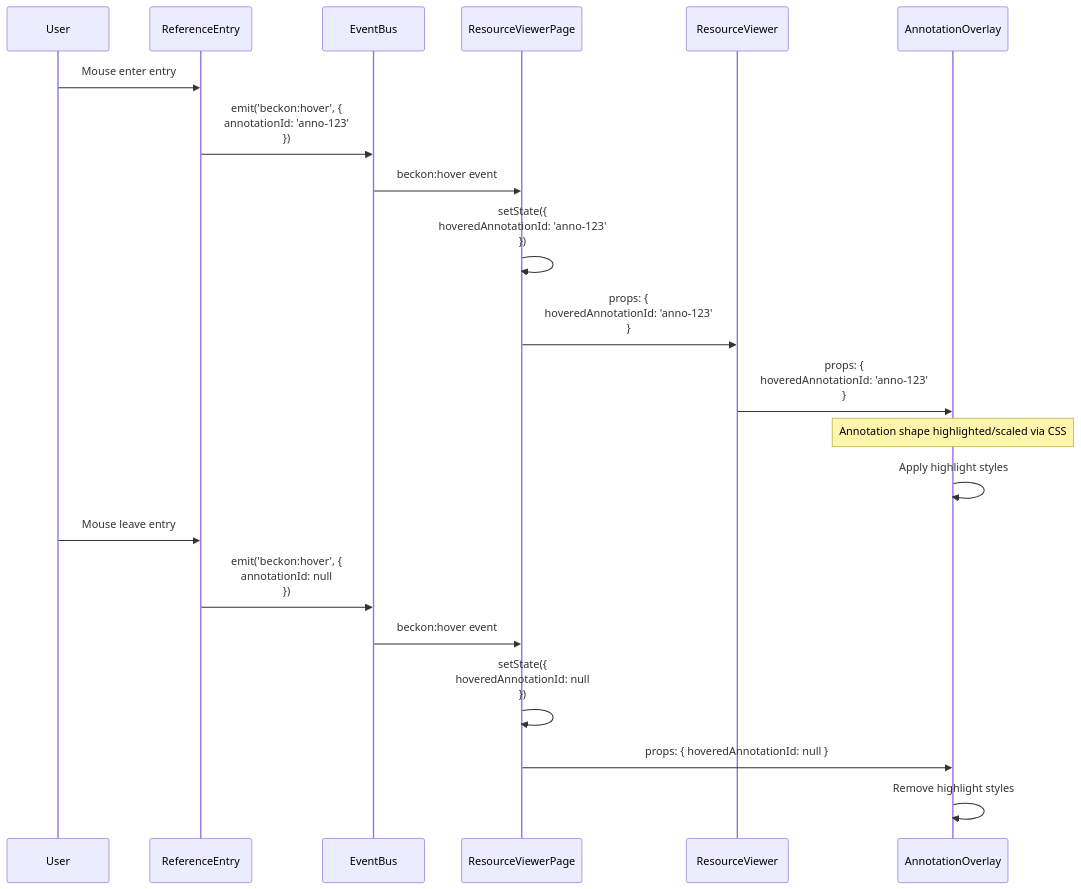
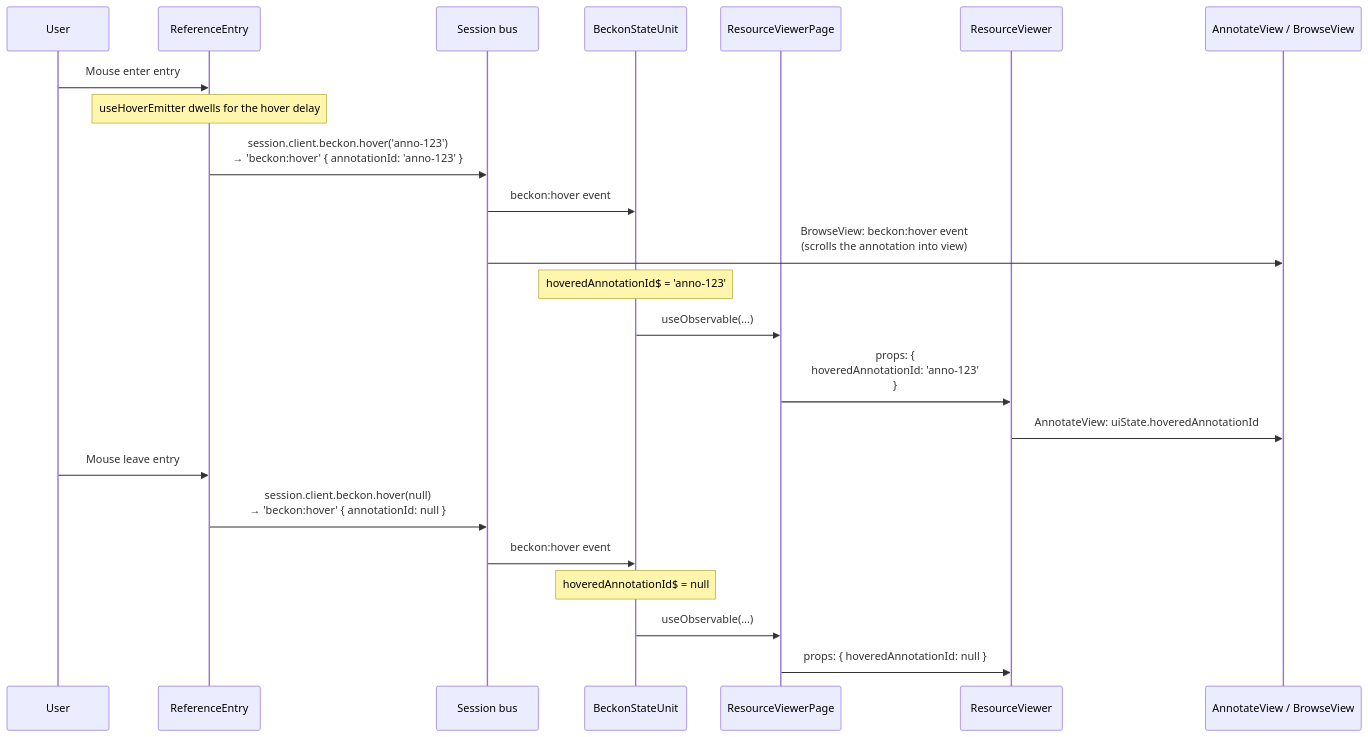
Before and after one commit to The-AI-Alliance/semiont: the third of 3 diagrams in packages/react-ui/docs/ANNOTATION-CLICK.md, drawn with Mermaid. The commit also changed other lines of this file and 232 other files, not shown here.

````diff
--- a/packages/react-ui/docs/ANNOTATION-CLICK.md
+++ b/packages/react-ui/docs/ANNOTATION-CLICK.md
@@ -242,31 +245,31 @@
 ```mermaid
 sequenceDiagram
     participant User
     participant Entry as ReferenceEntry
-    participant Bus as EventBus
+    participant Bus as Session bus
+    participant Beckon as BeckonStateUnit
     participant Page as ResourceViewerPage
     participant Viewer as ResourceViewer
-    participant Overlay as AnnotationOverlay
+    participant View as AnnotateView / BrowseView
 
     User->>Entry: Mouse enter entry
-    Entry->>Bus: emit('beckon:hover', {<br/>  annotationId: 'anno-123'<br/>})
-    Bus->>Page: beckon:hover event
+    Note over Entry: useHoverEmitter dwells for the hover delay
+    Entry->>Bus: session.client.beckon.hover('anno-123')<br/>→ 'beckon:hover' { annotationId: 'anno-123' }
+    Bus->>Beckon: beckon:hover event
+    Bus->>View: BrowseView: beckon:hover event<br/>(scrolls the annotation into view)
 
-    Page->>Page: setState({<br/>  hoveredAnnotationId: 'anno-123'<br/>})
+    Note over Beckon: hoveredAnnotationId$ = 'anno-123'
 
+    Beckon->>Page: useObservable(...)
     Page->>Viewer: props: {<br/>  hoveredAnnotationId: 'anno-123'<br/>}
-    Viewer->>Overlay: props: {<br/>  hoveredAnnotationId: 'anno-123'<br/>}
-
-    Note over Overlay: Annotation shape highlighted/scaled via CSS
-
-    Overlay->>Overlay: Apply highlight styles
+    Viewer->>View: AnnotateView: uiState.hoveredAnnotationId
 
     User->>Entry: Mouse leave entry
-    Entry->>Bus: emit('beckon:hover', {<br/>  annotationId: null<br/>})
-    Bus->>Page: beckon:hover event
+    Entry->>Bus: session.client.beckon.hover(null)<br/>→ 'beckon:hover' { annotationId: null }
+    Bus->>Beckon: beckon:hover event
 
-    Page->>Page: setState({<br/>  hoveredAnnotationId: null<br/>})
+    Note over Beckon: hoveredAnnotationId$ = null
 
-    Page->>Overlay: props: { hoveredAnnotationId: null }
-    Overlay->>Overlay: Remove highlight styles
+    Beckon->>Page: useObservable(...)
+    Page->>Viewer: props: { hoveredAnnotationId: null }
 ```
````
